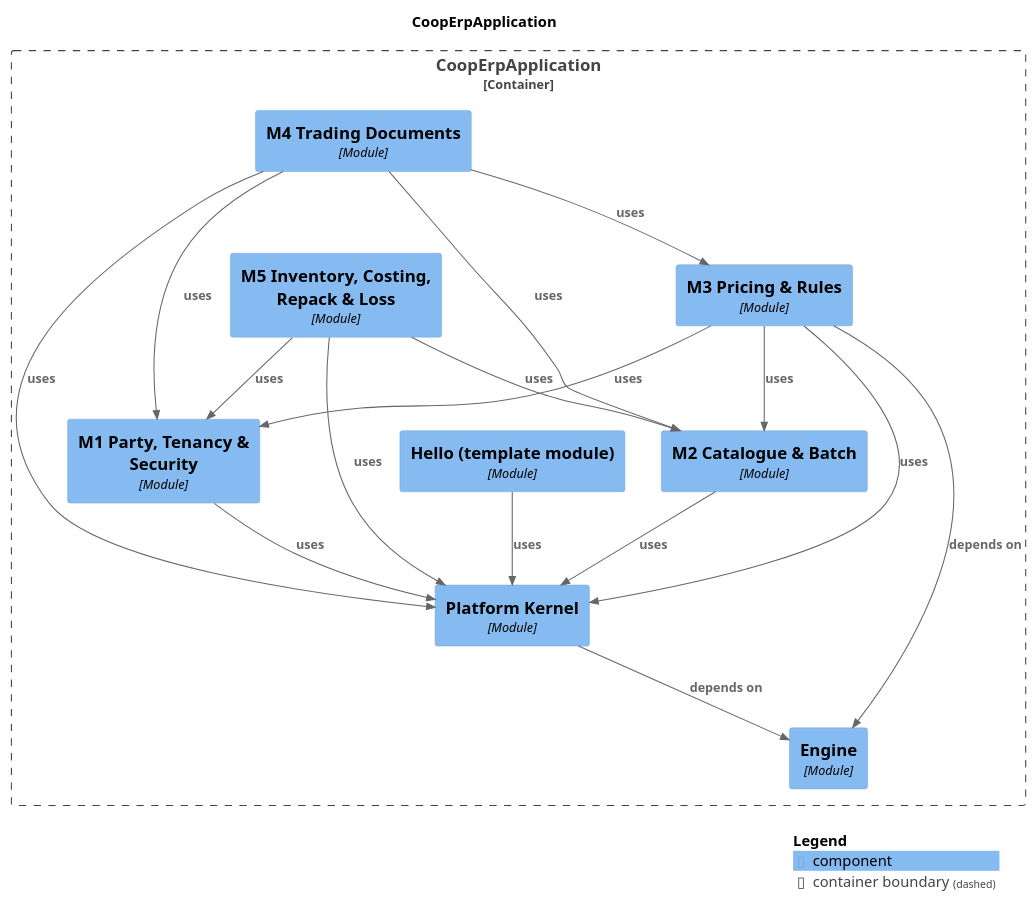
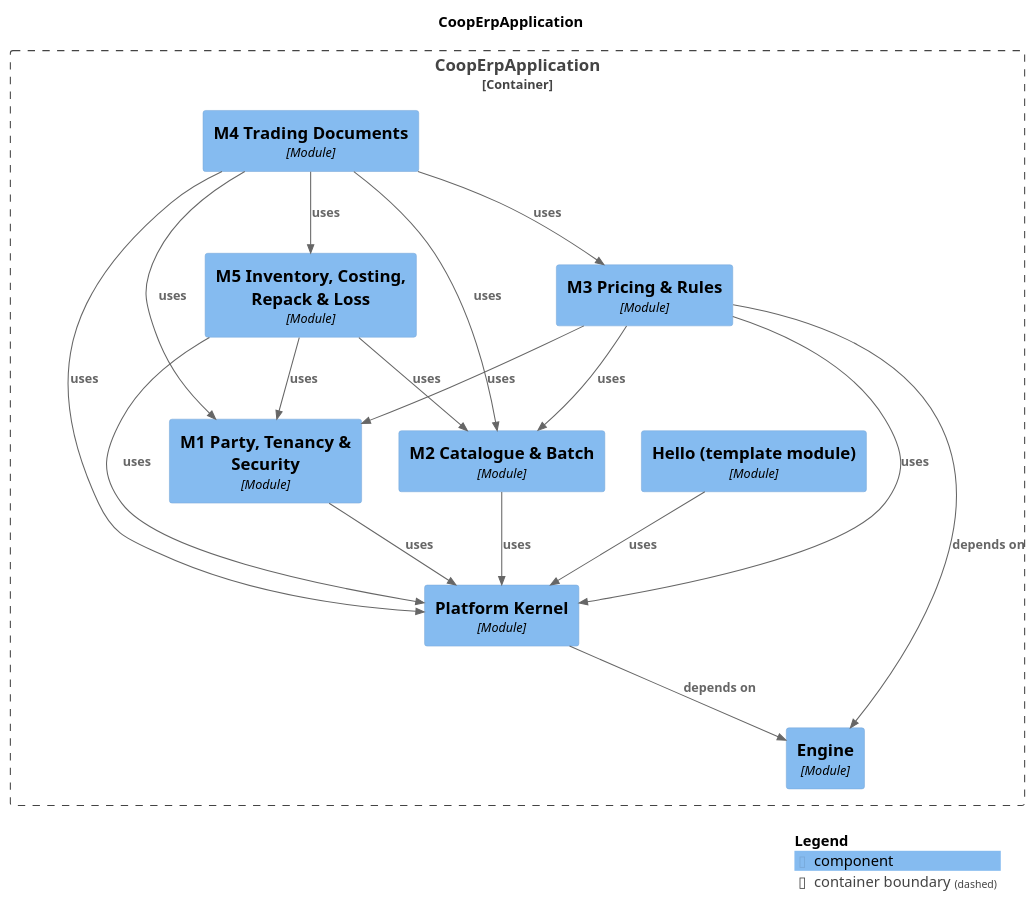
One commit to Knoweb/COOP_ERP changed the diagram in docs/modules/components.puml. Above: the diagram before and after it, drawn with PlantUML. The commit also changed 15 other files, not shown here.

```diff
--- a/docs/modules/components.puml
+++ b/docs/modules/components.puml
@@ -1,39 +1,40 @@
 @startuml
 set separator none
 title CoopErpApplication
 
 top to bottom direction
 
 !include <C4/C4>
 !include <C4/C4_Context>
 !include <C4/C4_Component>
 
 Container_Boundary("CoopErpApplication.CoopErpApplication_boundary", "CoopErpApplication", $tags="") {
   Component(CoopErpApplication.CoopErpApplication.M5InventoryCostingRepackLoss, "M5 Inventory, Costing, Repack & Loss", $techn="Module", $descr="", $tags="", $link="")
   Component(CoopErpApplication.CoopErpApplication.M4TradingDocuments, "M4 Trading Documents", $techn="Module", $descr="", $tags="", $link="")
   Component(CoopErpApplication.CoopErpApplication.Engine, "Engine", $techn="Module", $descr="", $tags="", $link="")
   Component(CoopErpApplication.CoopErpApplication.PlatformKernel, "Platform Kernel", $techn="Module", $descr="", $tags="", $link="")
   Component(CoopErpApplication.CoopErpApplication.Hellotemplatemodule, "Hello (template module)", $techn="Module", $descr="", $tags="", $link="")
   Component(CoopErpApplication.CoopErpApplication.M1PartyTenancySecurity, "M1 Party, Tenancy & Security", $techn="Module", $descr="", $tags="", $link="")
   Component(CoopErpApplication.CoopErpApplication.M2CatalogueBatch, "M2 Catalogue & Batch", $techn="Module", $descr="", $tags="", $link="")
   Component(CoopErpApplication.CoopErpApplication.M3PricingRules, "M3 Pricing & Rules", $techn="Module", $descr="", $tags="", $link="")
 }
 
+Rel(CoopErpApplication.CoopErpApplication.PlatformKernel, CoopErpApplication.CoopErpApplication.Engine, "depends on", $techn="", $tags="", $link="")
+Rel(CoopErpApplication.CoopErpApplication.M2CatalogueBatch, CoopErpApplication.CoopErpApplication.PlatformKernel, "uses", $techn="", $tags="", $link="")
 Rel(CoopErpApplication.CoopErpApplication.Hellotemplatemodule, CoopErpApplication.CoopErpApplication.PlatformKernel, "uses", $techn="", $tags="", $link="")
 Rel(CoopErpApplication.CoopErpApplication.M1PartyTenancySecurity, CoopErpApplication.CoopErpApplication.PlatformKernel, "uses", $techn="", $tags="", $link="")
-Rel(CoopErpApplication.CoopErpApplication.M2CatalogueBatch, CoopErpApplication.CoopErpApplication.PlatformKernel, "uses", $techn="", $tags="", $link="")
 Rel(CoopErpApplication.CoopErpApplication.M3PricingRules, CoopErpApplication.CoopErpApplication.Engine, "depends on", $techn="", $tags="", $link="")
-Rel(CoopErpApplication.CoopErpApplication.M3PricingRules, CoopErpApplication.CoopErpApplication.M1PartyTenancySecurity, "uses", $techn="", $tags="", $link="")
 Rel(CoopErpApplication.CoopErpApplication.M3PricingRules, CoopErpApplication.CoopErpApplication.M2CatalogueBatch, "uses", $techn="", $tags="", $link="")
 Rel(CoopErpApplication.CoopErpApplication.M3PricingRules, CoopErpApplication.CoopErpApplication.PlatformKernel, "uses", $techn="", $tags="", $link="")
+Rel(CoopErpApplication.CoopErpApplication.M3PricingRules, CoopErpApplication.CoopErpApplication.M1PartyTenancySecurity, "uses", $techn="", $tags="", $link="")
+Rel(CoopErpApplication.CoopErpApplication.M5InventoryCostingRepackLoss, CoopErpApplication.CoopErpApplication.M1PartyTenancySecurity, "uses", $techn="", $tags="", $link="")
+Rel(CoopErpApplication.CoopErpApplication.M5InventoryCostingRepackLoss, CoopErpApplication.CoopErpApplication.M2CatalogueBatch, "uses", $techn="", $tags="", $link="")
+Rel(CoopErpApplication.CoopErpApplication.M5InventoryCostingRepackLoss, CoopErpApplication.CoopErpApplication.PlatformKernel, "uses", $techn="", $tags="", $link="")
+Rel(CoopErpApplication.CoopErpApplication.M4TradingDocuments, CoopErpApplication.CoopErpApplication.PlatformKernel, "uses", $techn="", $tags="", $link="")
 Rel(CoopErpApplication.CoopErpApplication.M4TradingDocuments, CoopErpApplication.CoopErpApplication.M1PartyTenancySecurity, "uses", $techn="", $tags="", $link="")
 Rel(CoopErpApplication.CoopErpApplication.M4TradingDocuments, CoopErpApplication.CoopErpApplication.M2CatalogueBatch, "uses", $techn="", $tags="", $link="")
 Rel(CoopErpApplication.CoopErpApplication.M4TradingDocuments, CoopErpApplication.CoopErpApplication.M3PricingRules, "uses", $techn="", $tags="", $link="")
-Rel(CoopErpApplication.CoopErpApplication.M4TradingDocuments, CoopErpApplication.CoopErpApplication.PlatformKernel, "uses", $techn="", $tags="", $link="")
-Rel(CoopErpApplication.CoopErpApplication.M5InventoryCostingRepackLoss, CoopErpApplication.CoopErpApplication.M1PartyTenancySecurity, "uses", $techn="", $tags="", $link="")
-Rel(CoopErpApplication.CoopErpApplication.M5InventoryCostingRepackLoss, CoopErpApplication.CoopErpApplication.M2CatalogueBatch, "uses", $techn="", $tags="", $link="")
-Rel(CoopErpApplication.CoopErpApplication.M5InventoryCostingRepackLoss, CoopErpApplication.CoopErpApplication.PlatformKernel, "uses", $techn="", $tags="", $link="")
-Rel(CoopErpApplication.CoopErpApplication.PlatformKernel, CoopErpApplication.CoopErpApplication.Engine, "depends on", $techn="", $tags="", $link="")
+Rel(CoopErpApplication.CoopErpApplication.M4TradingDocuments, CoopErpApplication.CoopErpApplication.M5InventoryCostingRepackLoss, "uses", $techn="", $tags="", $link="")
 
 SHOW_LEGEND(true)
 @enduml
```
